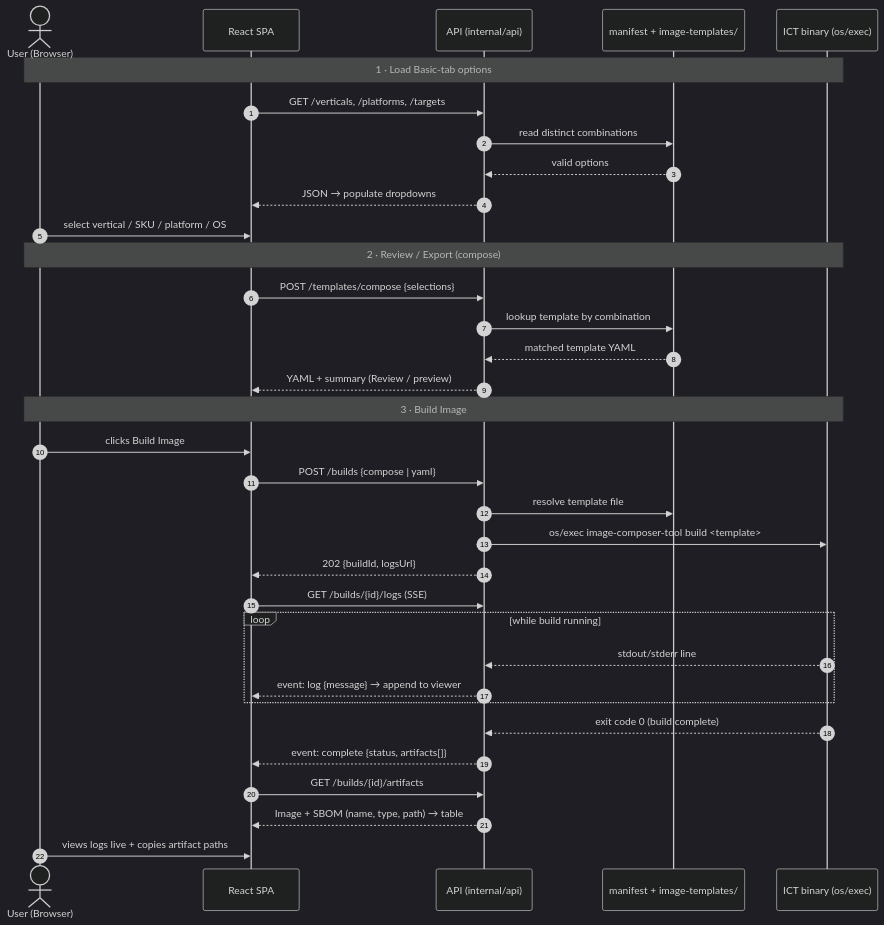
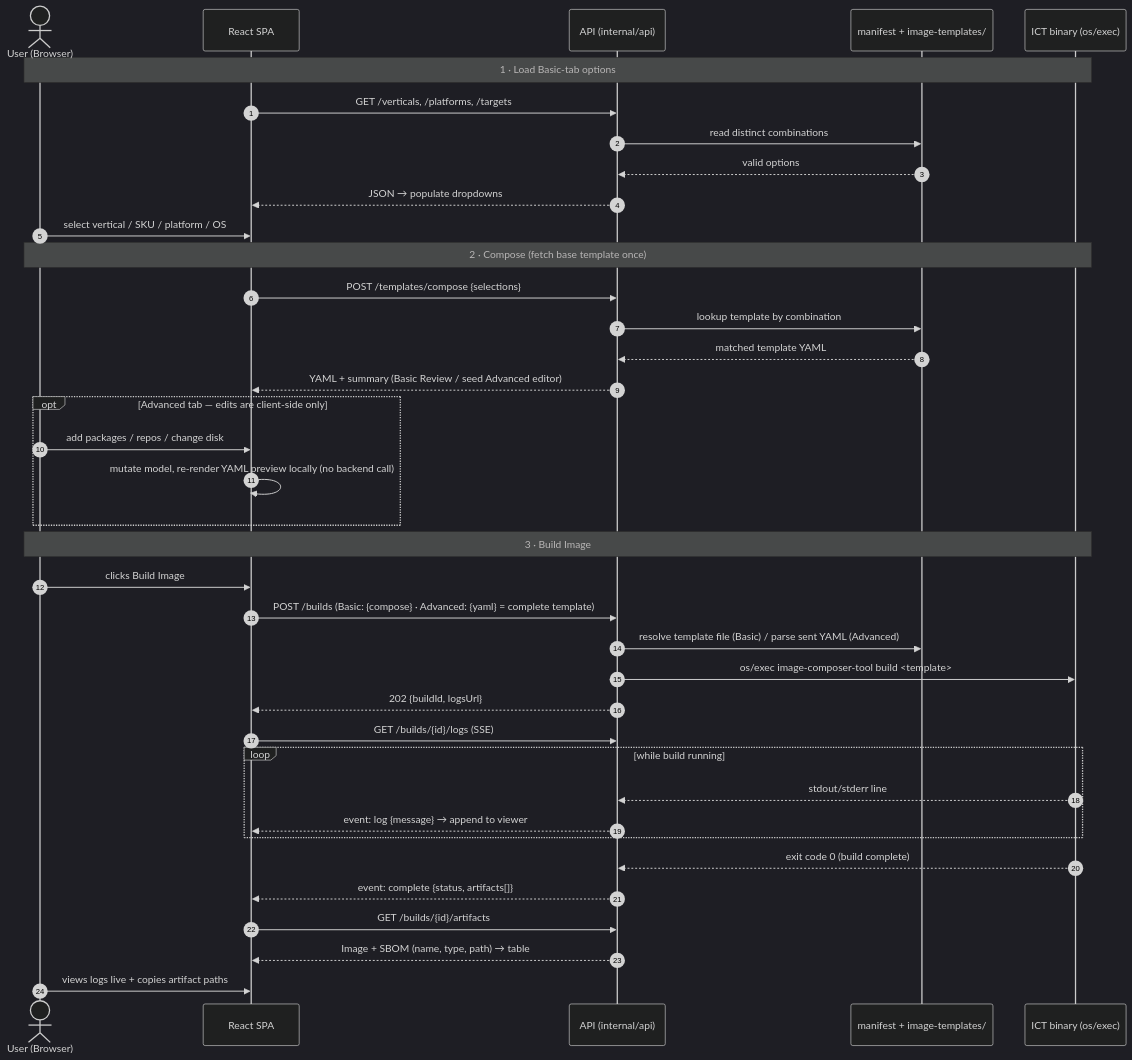
Before and after one commit to open-edge-platform/image-composer-tool: the diagram in docs/architecture/adr-web-ui-tech-stack.md, drawn with Mermaid (dark theme). The commit also changed other lines of this file and 1 other file, not shown here.

First line of the commit message:
clarify build payload and Advanced live-preview model

````diff
--- a/docs/architecture/adr-web-ui-tech-stack.md
+++ b/docs/architecture/adr-web-ui-tech-stack.md
@@ -70,39 +70,43 @@
 ```mermaid
 sequenceDiagram
     autonumber
     actor U as User (Browser)
     participant SPA as React SPA
     participant API as API (internal/api)
     participant M as manifest + image-templates/
     participant ICT as ICT binary (os/exec)
 
     Note over U,ICT: 1 · Load Basic-tab options
     SPA->>API: GET /verticals, /platforms, /targets
     API->>M: read distinct combinations
     M-->>API: valid options
     API-->>SPA: JSON → populate dropdowns
     U->>SPA: select vertical / SKU / platform / OS
 
-    Note over U,ICT: 2 · Review / Export (compose)
+    Note over U,ICT: 2 · Compose (fetch base template once)
     SPA->>API: POST /templates/compose {selections}
     API->>M: lookup template by combination
     M-->>API: matched template YAML
-    API-->>SPA: YAML + summary (Review / preview)
+    API-->>SPA: YAML + summary (Basic Review / seed Advanced editor)
+    opt Advanced tab — edits are client-side only
+        U->>SPA: add packages / repos / change disk
+        SPA->>SPA: mutate model, re-render YAML preview locally (no backend call)
+    end
 
     Note over U,ICT: 3 · Build Image
     U->>SPA: clicks Build Image
-    SPA->>API: POST /builds {compose | yaml}
-    API->>M: resolve template file
+    SPA->>API: POST /builds  (Basic: {compose} · Advanced: {yaml} = complete template)
+    API->>M: resolve template file (Basic) / parse sent YAML (Advanced)
     API->>ICT: os/exec image-composer-tool build <template>
     API-->>SPA: 202 {buildId, logsUrl}
     SPA->>API: GET /builds/{id}/logs (SSE)
     loop while build running
         ICT-->>API: stdout/stderr line
         API-->>SPA: event: log {message} → append to viewer
     end
     ICT-->>API: exit code 0 (build complete)
     API-->>SPA: event: complete {status, artifacts[]}
     SPA->>API: GET /builds/{id}/artifacts
     API-->>SPA: Image + SBOM (name, type, path) → table
     U->>SPA: views logs live + copies artifact paths
 ```
````
